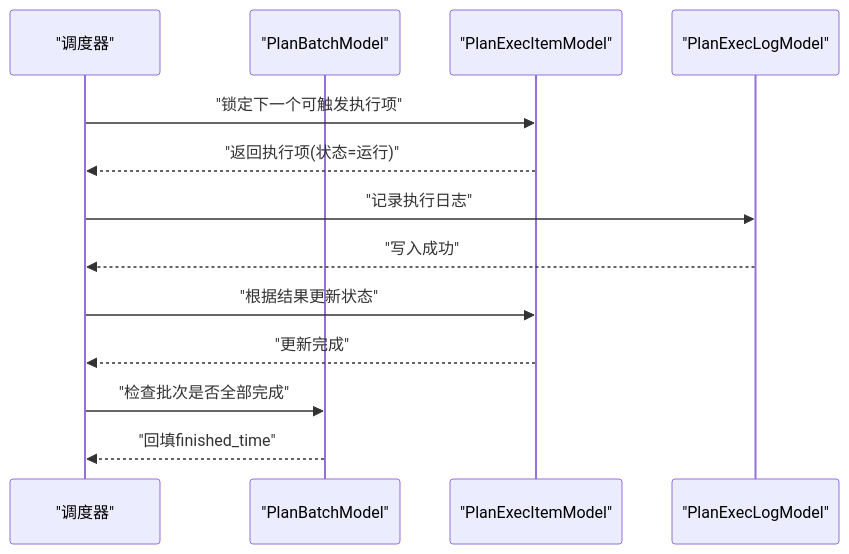
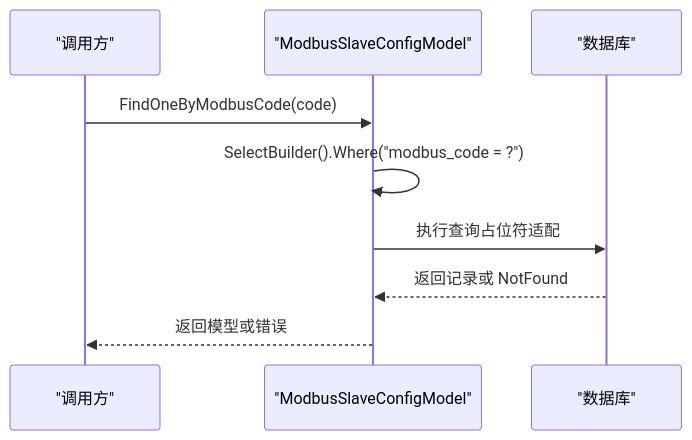
One commit to maomao94/zero-service changed the third of 7 diagrams in .qoder/repowiki/zh/content/数据模型设计/数据模型设计.md. Above: the diagram before and after it, drawn with Mermaid. The commit also changed other lines of this file and 362 other files, not shown here.

````diff
--- a/.qoder/repowiki/zh/content/数据模型设计/数据模型设计.md
+++ b/.qoder/repowiki/zh/content/数据模型设计/数据模型设计.md
@@ -265,15 +190,11 @@
 ```mermaid
 sequenceDiagram
-participant S as "调度器"
-participant BI as "PlanBatchModel"
-participant EI as "PlanExecItemModel"
-participant EL as "PlanExecLogModel"
-S->>EI : "锁定下一个可触发执行项"
-EI-->>S : "返回执行项(状态=运行)"
-S->>EL : "记录执行日志"
-EL-->>S : "写入成功"
-S->>EI : "根据结果更新状态"
-EI-->>S : "更新完成"
-S->>BI : "检查批次是否全部完成"
-BI-->>S : "回填finished_time"
+participant Caller as "调用方"
+participant Model as "ModbusSlaveConfigModel"
+participant DB as "数据库"
+Caller->>Model : FindOneByModbusCode(code)
+Model->>Model : SelectBuilder().Where("modbus_code = ?")
+Model->>DB : 执行查询占位符适配
+DB-->>Model : 返回记录或 NotFound
+Model-->>Caller : 返回模型或错误
 ```
````
